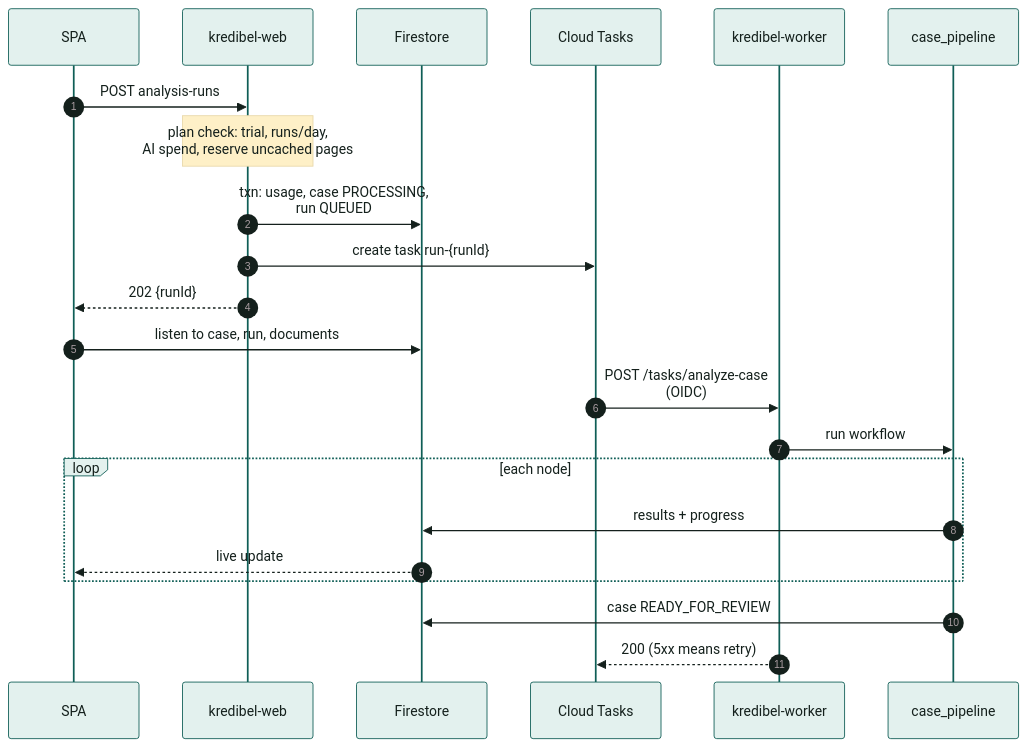
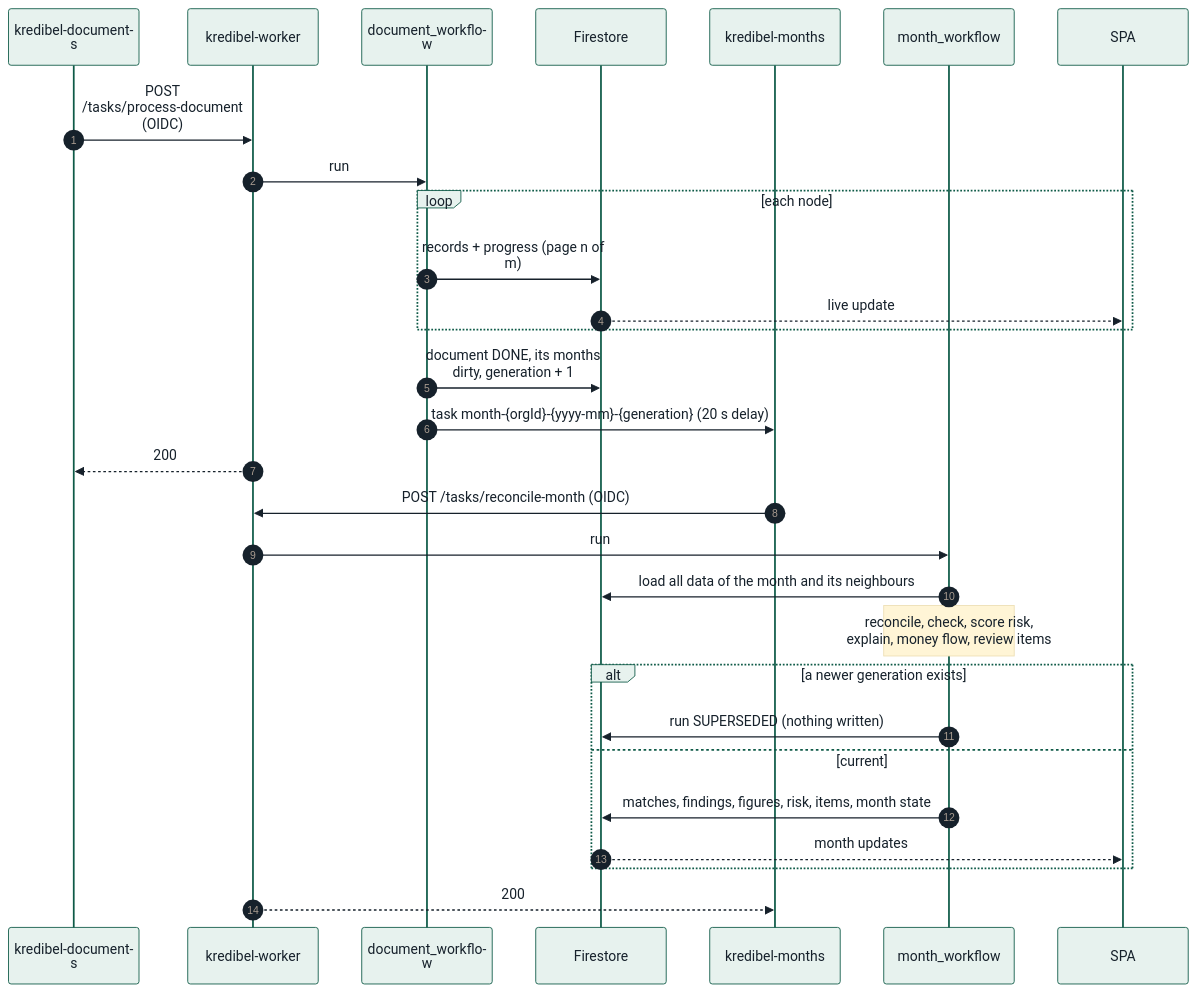
The sixth of 9 diagrams in docs/05-architecture.md (fadlytanjung/kredibel), drawn with Mermaid before and after one commit. The commit also changed other lines of this file and 245 other files, not shown here.

````diff
--- a/docs/05-architecture.md
+++ b/docs/05-architecture.md
@@ -213,26 +228,33 @@
 ```mermaid
-%%{init: {"theme": "base", "themeVariables": {"fontFamily": "Arial, Helvetica, sans-serif", "fontSize": "14px", "primaryColor": "#E3F1EE", "primaryBorderColor": "#0F5E56", "primaryTextColor": "#14201C", "lineColor": "#55625D", "secondaryColor": "#F0F2EF", "tertiaryColor": "#FFFFFF", "clusterBkg": "#F7F8F6", "clusterBorder": "#B8BFB9", "noteBkgColor": "#FEF0C7", "noteTextColor": "#14201C"}, "htmlLabels": false, "flowchart": {"htmlLabels": false, "padding": 16, "nodeSpacing": 40, "rankSpacing": 50, "wrappingWidth": 220}, "sequence": {"wrap": true, "useMaxWidth": true, "noteFontFamily": "Arial, Helvetica, sans-serif", "messageFontFamily": "Arial, Helvetica, sans-serif", "actorFontFamily": "Arial, Helvetica, sans-serif"}}}%%
+%%{init: {"theme": "base", "themeVariables": {"fontFamily": "Arial, Helvetica, sans-serif", "fontSize": "14px", "primaryColor": "#E7F2EE", "primaryBorderColor": "#0E5A47", "primaryTextColor": "#16212B", "lineColor": "#56636F", "secondaryColor": "#E8ECEE", "tertiaryColor": "#FFFFFF", "clusterBkg": "#F2F4F5", "clusterBorder": "#B9C2CA", "noteBkgColor": "#FFF5D6", "noteTextColor": "#16212B"}, "htmlLabels": false, "flowchart": {"htmlLabels": false, "padding": 16, "nodeSpacing": 40, "rankSpacing": 50, "wrappingWidth": 220}, "sequence": {"wrap": true, "useMaxWidth": true, "noteFontFamily": "Arial, Helvetica, sans-serif", "messageFontFamily": "Arial, Helvetica, sans-serif", "actorFontFamily": "Arial, Helvetica, sans-serif"}}}%%
 sequenceDiagram
     autonumber
+    participant Q1 as kredibel-documents
+    participant W as kredibel-worker
+    participant DW as document_workflow
+    participant FS as Firestore
+    participant Q2 as kredibel-months
+    participant MW as month_workflow
     participant UI as SPA
-    participant API as kredibel-web
-    participant FS as Firestore
-    participant Q as Cloud Tasks
-    participant W as kredibel-worker
-    participant WF as case_pipeline
 
-    UI->>API: POST analysis-runs
-    Note over API: plan check: trial, runs/day,<br/>AI spend, reserve uncached pages
-    API->>FS: txn: usage, case PROCESSING, run QUEUED
-    API->>Q: create task run-{runId}
-    API-->>UI: 202 {runId}
-    UI->>FS: listen to case, run, documents
-    Q->>W: POST /tasks/analyze-case (OIDC)
-    W->>WF: run workflow
+    Q1->>W: POST /tasks/process-document (OIDC)
+    W->>DW: run
     loop each node
-        WF->>FS: results + progress
+        DW->>FS: records + progress (page n of m)
         FS-->>UI: live update
     end
-    WF->>FS: case READY_FOR_REVIEW
-    W-->>Q: 200 (5xx means retry)
+    DW->>FS: document DONE, its months dirty, generation + 1
+    DW->>Q2: task month-{orgId}-{yyyy-mm}-{generation} (20 s delay)
+    W-->>Q1: 200
+    Q2->>W: POST /tasks/reconcile-month (OIDC)
+    W->>MW: run
+    MW->>FS: load all data of the month and its neighbours
+    Note over MW: reconcile, check, score risk,<br/>explain, money flow, review items
+    alt a newer generation exists
+        MW->>FS: run SUPERSEDED (nothing written)
+    else current
+        MW->>FS: matches, findings, figures, risk, items, month state
+        FS-->>UI: month updates
+    end
+    W-->>Q2: 200
 ```
````
